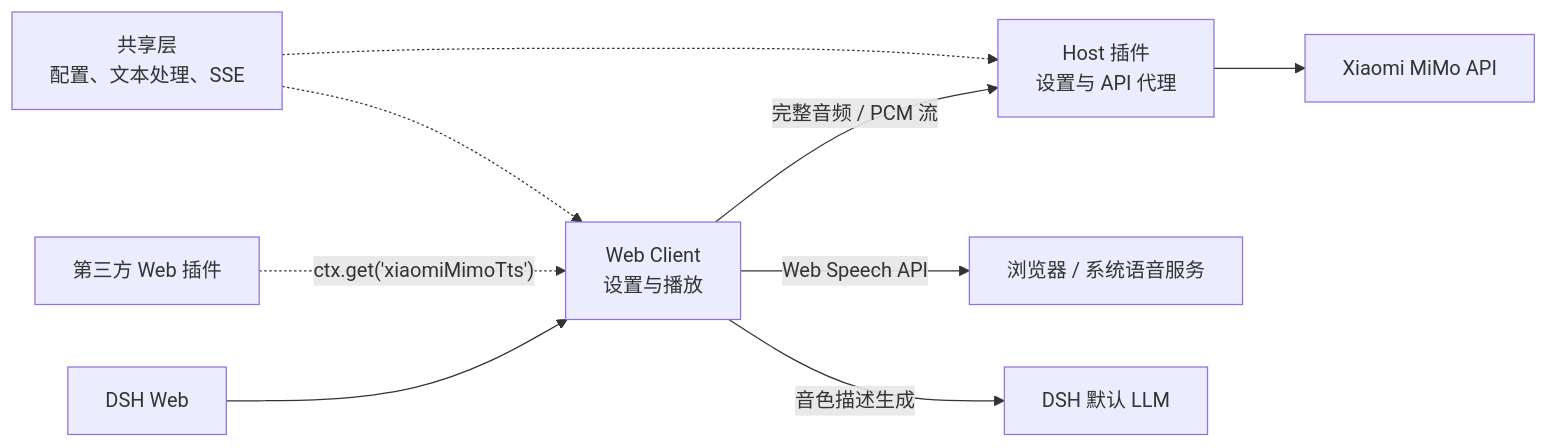
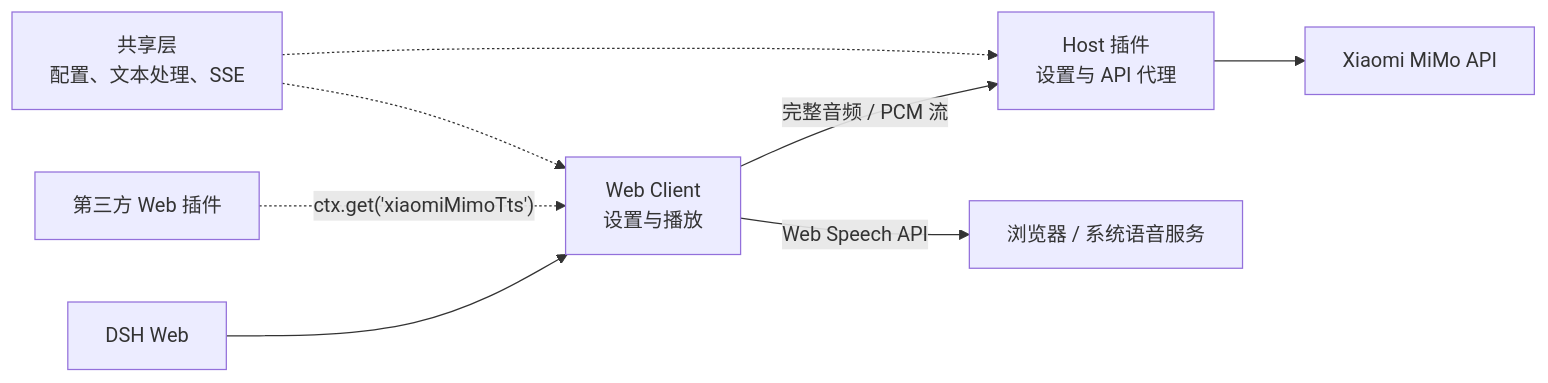
Before and after one commit to ppy-web/dsh-plugin-xiaomi-mimo-tts: the diagram in README.md, drawn with Mermaid. The commit also changed other lines of this file and 44 other files, not shown here.

````diff
--- a/README.md
+++ b/README.md
@@ -173,11 +172,10 @@
 ```mermaid
 flowchart LR
     DSH["DSH Web"] --> CLIENT["Web Client<br/>设置与播放"]
     THIRD["第三方 Web 插件"] -. "ctx.get('xiaomiMimoTts')" .-> CLIENT
     CLIENT -->|"完整音频 / PCM 流"| HOST["Host 插件<br/>设置与 API 代理"]
     HOST --> MIMO["Xiaomi MiMo API"]
     CLIENT -->|"Web Speech API"| SPEECH["浏览器 / 系统语音服务"]
-    CLIENT -->|"音色描述生成"| LLM["DSH 默认 LLM"]
     SHARED["共享层<br/>配置、文本处理、SSE"] -.-> CLIENT
     SHARED -.-> HOST
 ```
````
